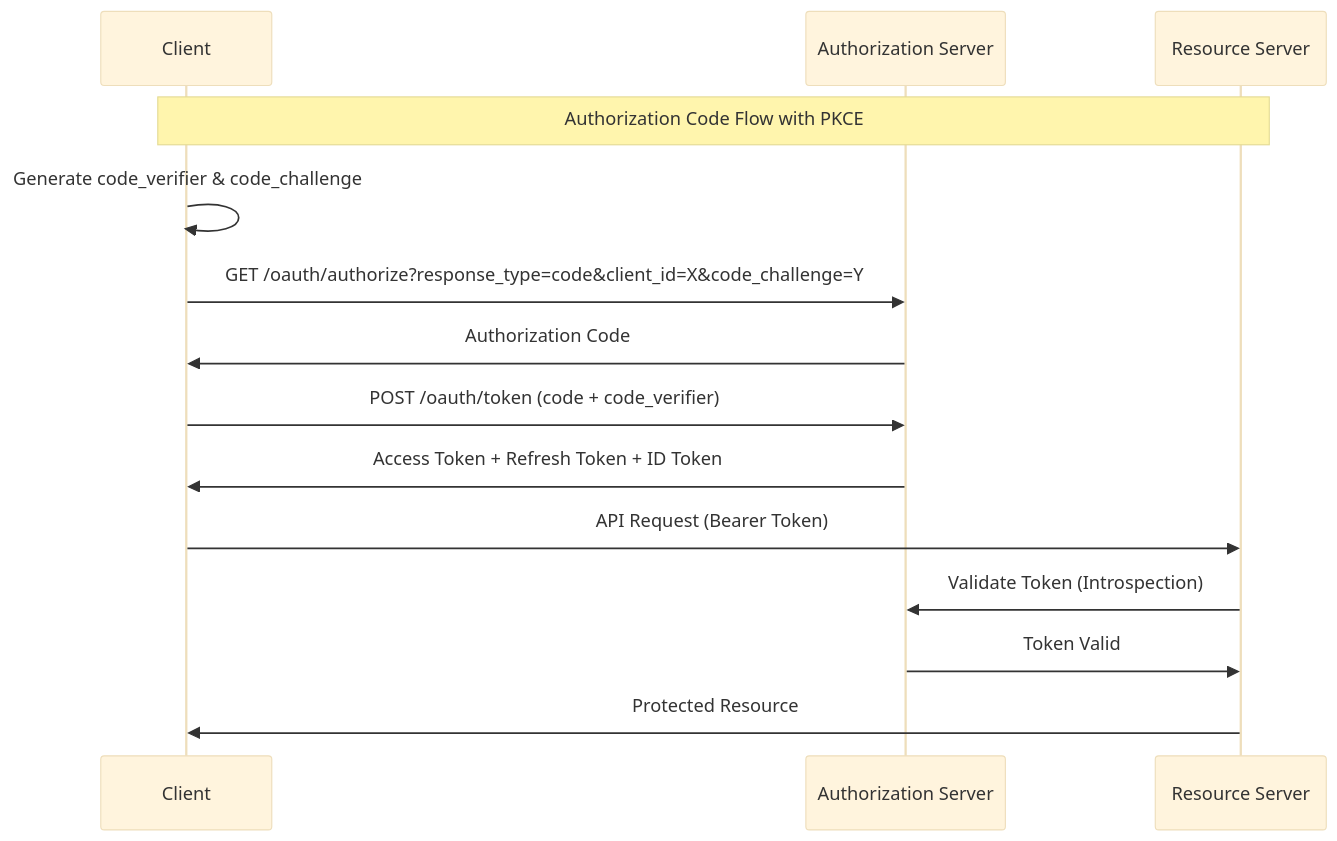
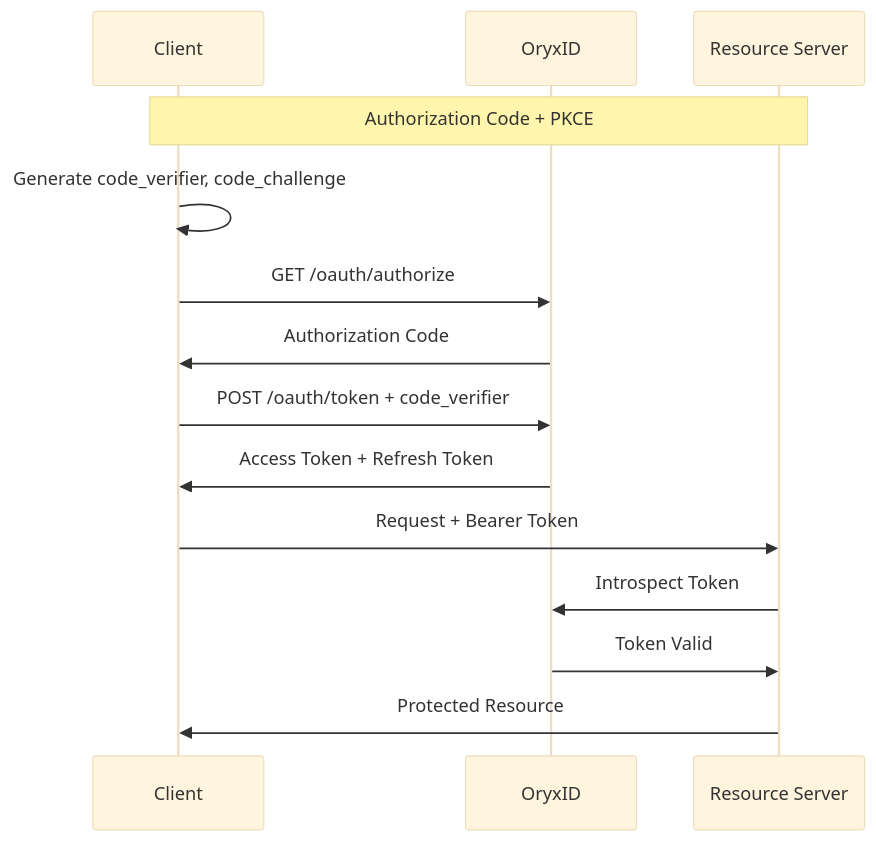
Before and after one commit to royzah/OryxID: the second of 3 diagrams in README.md, drawn with Mermaid (base theme). The commit also changed other lines of this file and 136 other files, not shown here.

````diff
--- a/README.md
+++ b/README.md
@@ -34,18 +52,18 @@
 ```mermaid
 sequenceDiagram
     participant Client
-    participant Auth as Authorization Server
+    participant Auth as OryxID
     participant Resource as Resource Server
 
-    Note over Client,Resource: Authorization Code Flow with PKCE
+    Note over Client,Resource: Authorization Code + PKCE
 
-    Client->>Client: Generate code_verifier & code_challenge
-    Client->>Auth: GET /oauth/authorize?response_type=code&client_id=X&code_challenge=Y
+    Client->>Client: Generate code_verifier, code_challenge
+    Client->>Auth: GET /oauth/authorize
     Auth->>Client: Authorization Code
-    Client->>Auth: POST /oauth/token (code + code_verifier)
-    Auth->>Client: Access Token + Refresh Token + ID Token
-    Client->>Resource: API Request (Bearer Token)
-    Resource->>Auth: Validate Token (Introspection)
+    Client->>Auth: POST /oauth/token + code_verifier
+    Auth->>Client: Access Token + Refresh Token
+    Client->>Resource: Request + Bearer Token
+    Resource->>Auth: Introspect Token
     Auth->>Resource: Token Valid
     Resource->>Client: Protected Resource
 ```
````
